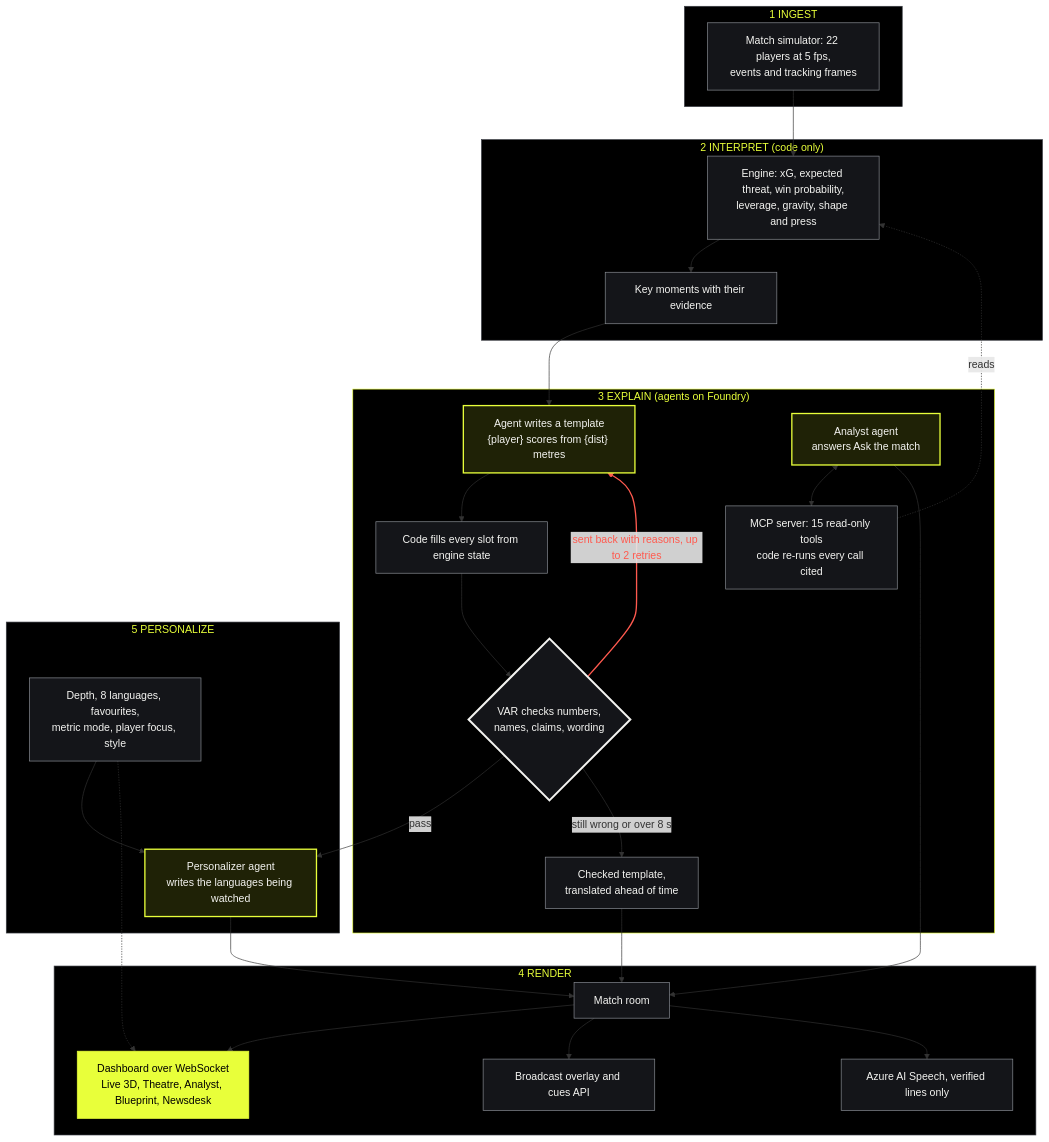
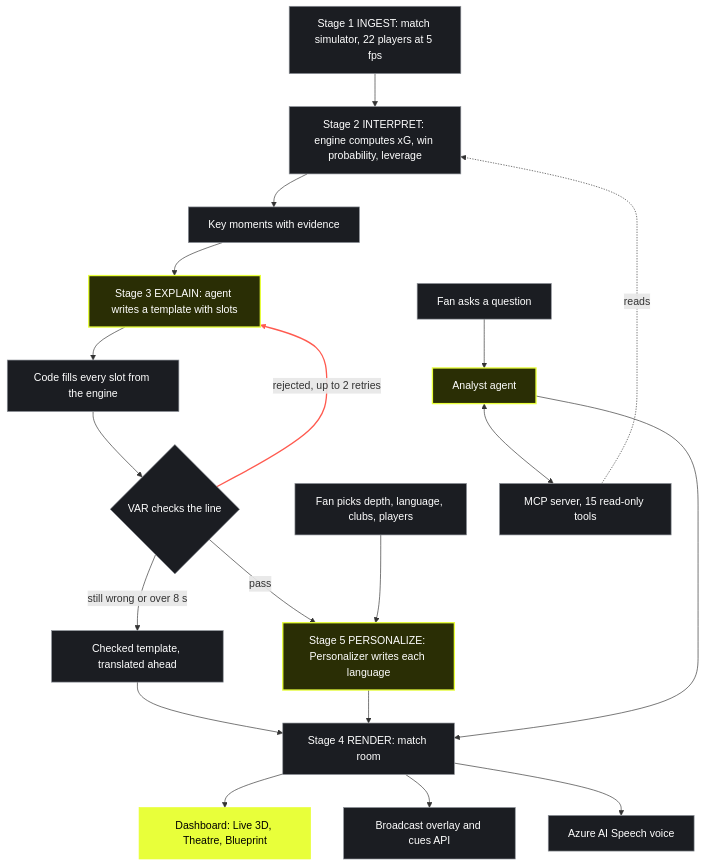
The first of 2 diagrams in README.md (niranjanthiyagarajan10-pixel/gameday-intelligence), drawn with Mermaid before and after one commit.

Commit message:
README flow: single-line labels GitHub's Mermaid draws in full (no list markers or escape codes)

````diff
--- a/README.md
+++ b/README.md
@@ -25,59 +25,43 @@
 ```mermaid
 flowchart TB
-  subgraph S1["1 INGEST"]
-    SIM["Match simulator: 22 players at 5 fps,<br/>events and tracking frames"]
-  end
-  subgraph S2["2 INTERPRET (code only)"]
-    ENG["Engine: xG, expected threat, win probability,<br/>leverage, gravity, shape and press"]
-    KM["Key moments with their evidence"]
-  end
-  subgraph S3["3 EXPLAIN (agents on Foundry)"]
-    AG["Agent writes a template<br/>#123;player#125; scores from #123;dist#125; metres"]
-    FILL["Code fills every slot from engine state"]
-    VAR{"VAR checks numbers,<br/>names, claims, wording"}
-    TPL["Checked template,<br/>translated ahead of time"]
-    AN["Analyst agent<br/>answers Ask the match"]
-    MCP["MCP server: 15 read-only tools<br/>code re-runs every call cited"]
-  end
-  subgraph S5["5 PERSONALIZE"]
-    PREF["Depth, 8 languages, favourites,<br/>metric mode, player focus, style"]
-    PERS["Personalizer agent<br/>writes the languages being watched"]
-  end
-  subgraph S4["4 RENDER"]
-    ROOM["Match room"]
-    UI["Dashboard over WebSocket<br/>Live 3D, Theatre, Analyst, Blueprint, Newsdesk"]
-    OV["Broadcast overlay and cues API"]
-    SP["Azure AI Speech, verified lines only"]
-  end
+  SIM["Stage 1 INGEST: match simulator, 22 players at 5 fps"]
+  ENG["Stage 2 INTERPRET: engine computes xG, win probability, leverage"]
+  KM["Key moments with evidence"]
+  AG["Stage 3 EXPLAIN: agent writes a template with slots"]
+  FILL["Code fills every slot from the engine"]
+  VAR{"VAR checks the line"}
+  TPL["Checked template, translated ahead"]
+  PERS["Stage 5 PERSONALIZE: Personalizer writes each language"]
+  PREF["Fan picks depth, language, clubs, players"]
+  ROOM["Stage 4 RENDER: match room"]
+  UI["Dashboard: Live 3D, Theatre, Blueprint"]
+  OV["Broadcast overlay and cues API"]
+  SP["Azure AI Speech voice"]
+  Q["Fan asks a question"]
+  AN["Analyst agent"]
+  MCP["MCP server, 15 read-only tools"]
 
   SIM --> ENG --> KM --> AG --> FILL --> VAR
-  VAR -- "sent back with reasons, up to 2 retries" --> AG
-  VAR -- "pass" --> PERS
-  VAR -- "still wrong or over 8 s" --> TPL
+  VAR -->|rejected, up to 2 retries| AG
+  VAR -->|pass| PERS
+  VAR -->|still wrong or over 8 s| TPL
+  TPL --> ROOM
   PREF --> PERS
   PERS --> ROOM
-  TPL --> ROOM
+  Q --> AN
   AN <--> MCP
-  MCP -. reads .-> ENG
+  MCP -.->|reads| ENG
   AN --> ROOM
   ROOM --> UI
   ROOM --> OV
   ROOM --> SP
-  PREF -.-> UI
-  KM ~~~ AN
+  KM ~~~ Q
 
-  classDef ai fill:#1f2206,stroke:#e8ff3a,stroke-width:2px,color:#f4f4f1
-  classDef code fill:#141519,stroke:#8c9097,color:#f4f4f1
-  classDef var fill:#141519,stroke:#f4f4f1,stroke-width:3px,color:#f4f4f1
-  classDef out fill:#e8ff3a,stroke:#e8ff3a,color:#000
+  classDef ai fill:#2a2e05,stroke:#e8ff3a,stroke-width:2px,color:#ffffff
+  classDef code fill:#1b1d22,stroke:#8c9097,color:#ffffff
+  classDef out fill:#e8ff3a,stroke:#e8ff3a,color:#000000
   class AG,AN,PERS ai
-  class SIM,ENG,KM,FILL,TPL,MCP,PREF,ROOM,OV,SP code
-  class VAR var
+  class SIM,ENG,KM,FILL,TPL,MCP,PREF,ROOM,OV,SP,Q,VAR code
   class UI out
-  style S1 fill:#000,stroke:#3a3d44,color:#e8ff3a
-  style S2 fill:#000,stroke:#3a3d44,color:#e8ff3a
-  style S3 fill:#000,stroke:#e8ff3a,color:#e8ff3a
-  style S4 fill:#000,stroke:#3a3d44,color:#e8ff3a
-  style S5 fill:#000,stroke:#3a3d44,color:#e8ff3a
-  linkStyle 5 stroke:#ff5a4f,stroke-width:2px,color:#ff5a4f
+  linkStyle 5 stroke:#ff5a4f,stroke-width:2px
 ```
````
